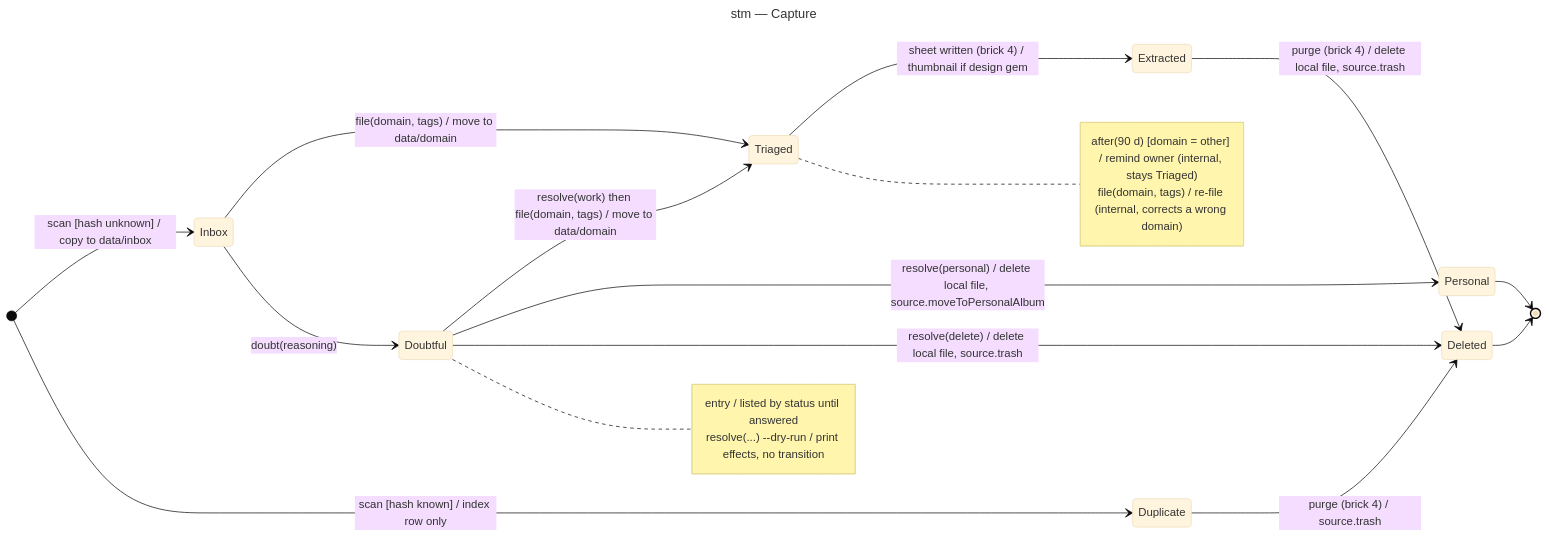
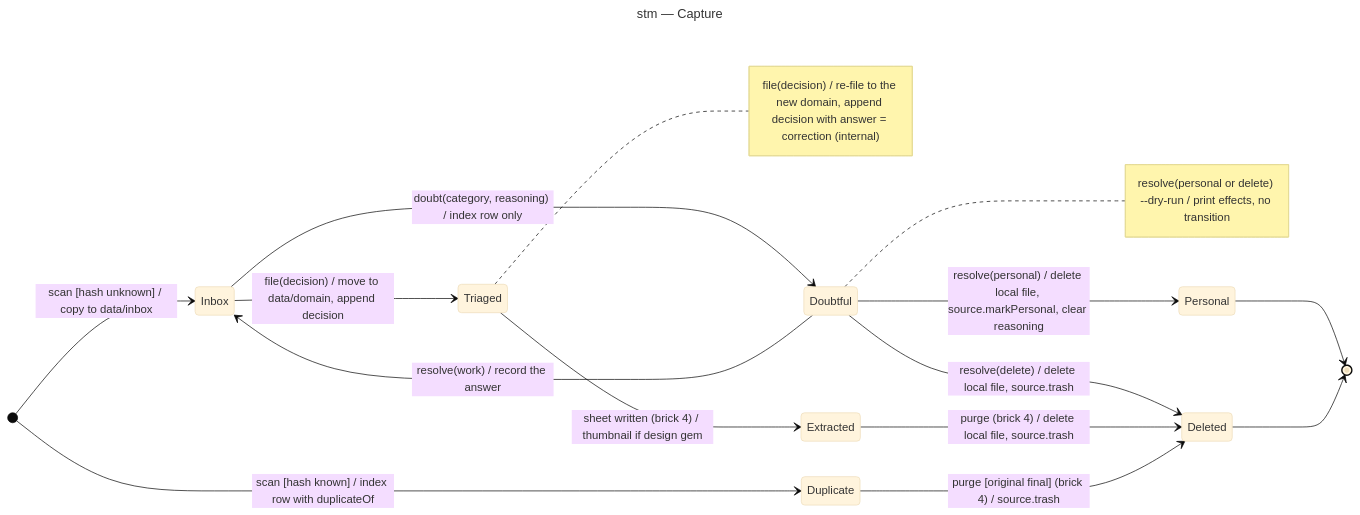
Before and after one commit to benoit-bremaud/screenshot-triage: the diagram in docs/architecture/diagrams/triage/05-state-capture.md, drawn with Mermaid (base theme). The commit also changed other lines of this file and 14 other files, not shown here.

First line of the commit message:
docs(triage/architecture): fix the review findings on the triage study

````diff
--- a/docs/architecture/diagrams/triage/05-state-capture.md
+++ b/docs/architecture/diagrams/triage/05-state-capture.md
@@ -13,27 +13,25 @@
 ```mermaid
 ---
 title: stm — Capture
 ---
 stateDiagram-v2
   direction LR
   [*] --> Inbox: scan [hash unknown] / copy to data/inbox
-  [*] --> Duplicate: scan [hash known] / index row only
-  Inbox --> Triaged: file(domain, tags) / move to data/domain
-  Inbox --> Doubtful: doubt(reasoning)
-  Doubtful --> Triaged: resolve(work) then file(domain, tags) / move to data/domain
-  Doubtful --> Personal: resolve(personal) / delete local file, source.moveToPersonalAlbum
+  [*] --> Duplicate: scan [hash known] / index row with duplicateOf
+  Inbox --> Triaged: file(decision) / move to data/domain, append decision
+  Inbox --> Doubtful: doubt(category, reasoning) / index row only
+  Doubtful --> Inbox: resolve(work) / record the answer
+  Doubtful --> Personal: resolve(personal) / delete local file, source.markPersonal, clear reasoning
   Doubtful --> Deleted: resolve(delete) / delete local file, source.trash
   Triaged --> Extracted: sheet written (brick 4) / thumbnail if design gem
   Extracted --> Deleted: purge (brick 4) / delete local file, source.trash
-  Duplicate --> Deleted: purge (brick 4) / source.trash
+  Duplicate --> Deleted: purge [original final] (brick 4) / source.trash
   Personal --> [*]
   Deleted --> [*]
   note right of Triaged
-    after(90 d) [domain = other] / remind owner (internal, stays Triaged)
-    file(domain, tags) / re-file (internal, corrects a wrong domain)
+    file(decision) / re-file to the new domain, append decision with answer = correction (internal)
   end note
   note right of Doubtful
-    entry / listed by status until answered
-    resolve(...) --dry-run / print effects, no transition
+    resolve(personal or delete) --dry-run / print effects, no transition
   end note
 ```
````
